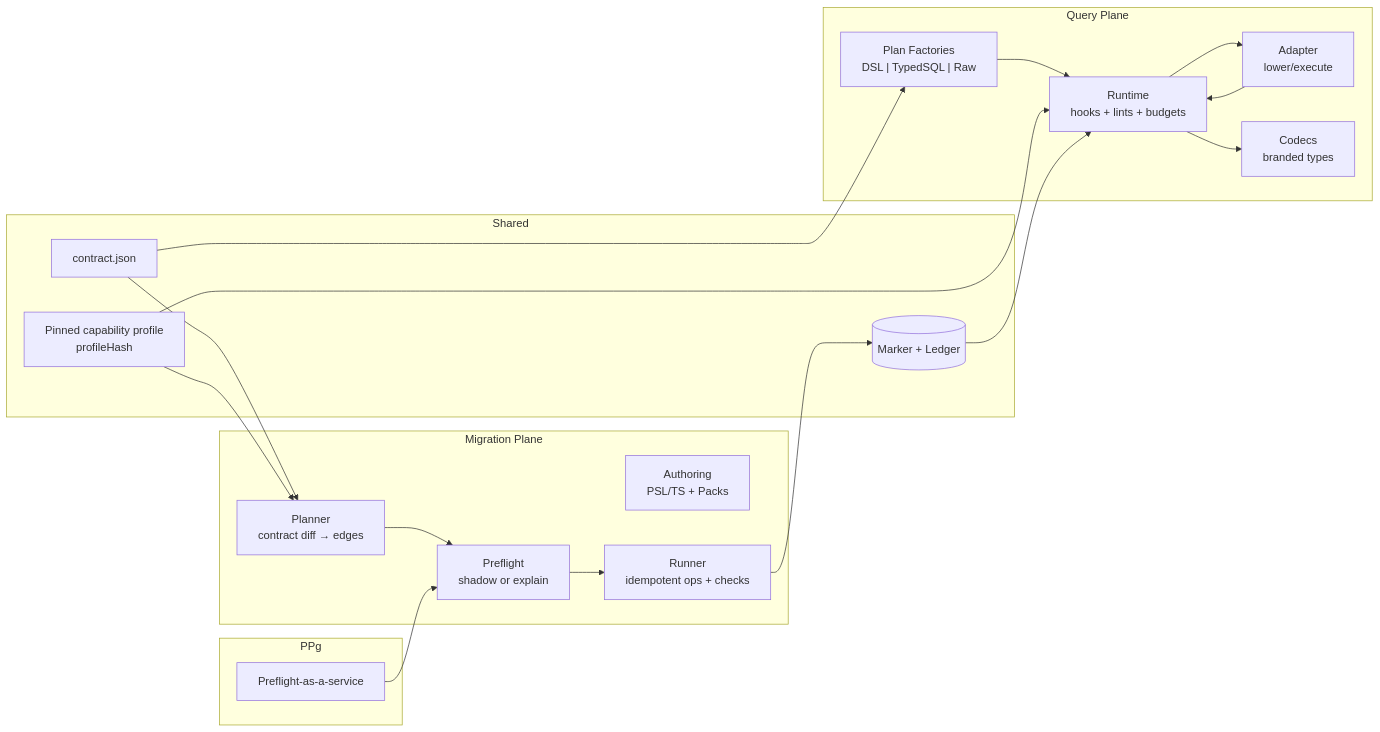
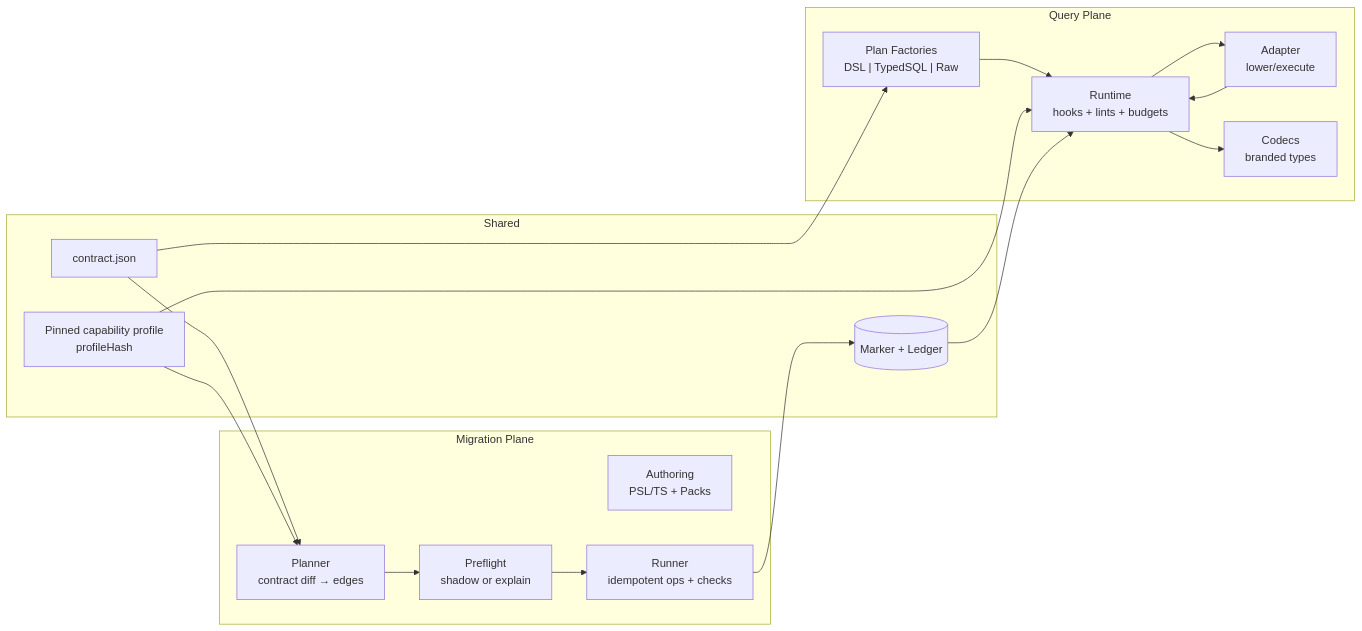
One commit to prisma/prisma-next changed the first of 4 diagrams in docs/Architecture Overview.md. Above: the diagram before and after it, drawn with Mermaid. The commit also changed other lines of this file and 6 other files, not shown here.

````diff
--- a/docs/Architecture Overview.md
+++ b/docs/Architecture Overview.md
@@ -52,49 +52,44 @@
 ```mermaid
 flowchart LR
   subgraph Shared
     C[contract.json]
     Prof[Pinned capability profile
     profileHash]
     Mk[(Marker + Ledger)]
   end
 
   subgraph "Migration Plane"
     Auth[Authoring
     PSL/TS + Packs]
     Plan[Planner
     contract diff → edges]
     Pf[Preflight
     shadow or explain]
     Run[Runner
     idempotent ops + checks]
   end
 
   subgraph "Query Plane"
     QF["Plan Factories
     DSL | TypedSQL | Raw"]
     RT[Runtime
     hooks + lints + budgets]
     Adp[Adapter
     lower/execute]
     Cd[Codecs
     branded types]
   end
 
-  subgraph PPg
-    Svc[Preflight-as-a-service]
-  end
-
   C --> Plan
   C --> QF
   Plan --> Pf
   Pf --> Run
   Run --> Mk
   QF --> RT
   RT --> Adp
   Adp --> RT
   RT --> Cd
   Prof --> RT
   Prof --> Plan
   Mk --> RT
-  Svc --> Pf
 ```
````
